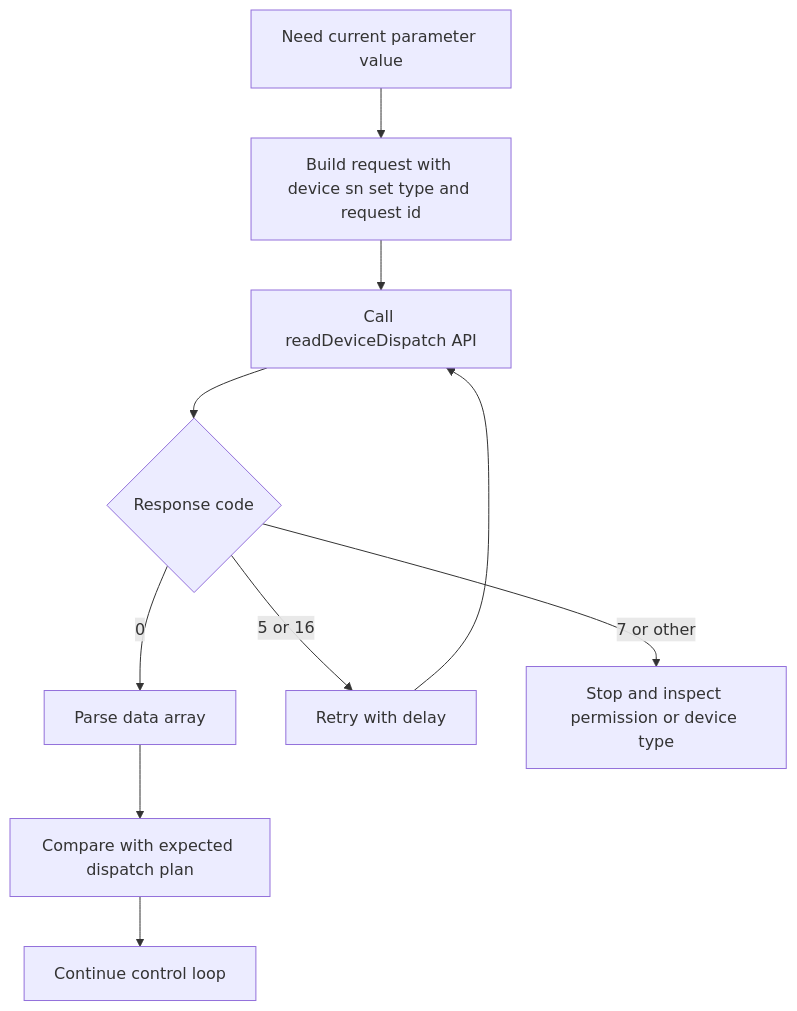
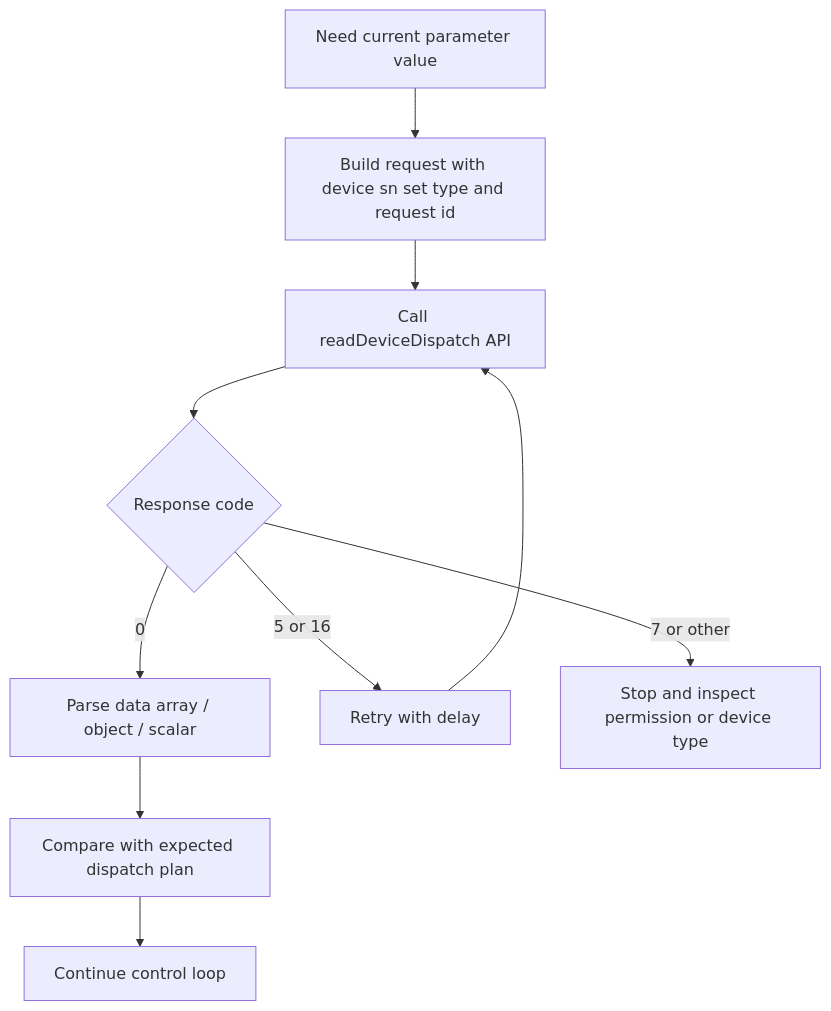
One commit to EugeneJian/growatt-unified-api changed the first of 2 diagrams in Growatt API/OPENAPI/06_api_read_dispatch.md. Above: the diagram before and after it, drawn with Mermaid. The commit also changed other lines of this file and 21 other files, not shown here.

````diff
--- a/Growatt API/OPENAPI/06_api_read_dispatch.md
+++ b/Growatt API/OPENAPI/06_api_read_dispatch.md
@@ -21,13 +21,12 @@
 ```mermaid
-%% 本代码严格遵循AI生成Mermaid代码的终极准则v4.1（Mermaid终极大师）
 flowchart TD
     A["Need current parameter value"] --> B["Build request with device sn set type and request id"]
     B --> C["Call readDeviceDispatch API"]
     C --> D{"Response code"}
-    D -->|"0"| E["Parse data array"]
+    D -->|"0"| E["Parse data array / object / scalar"]
     D -->|"5 or 16"| F["Retry with delay"]
     D -->|"7 or other"| G["Stop and inspect permission or device type"]
     E --> H["Compare with expected dispatch plan"]
     H --> I["Continue control loop"]
     F --> C
 ```
````
